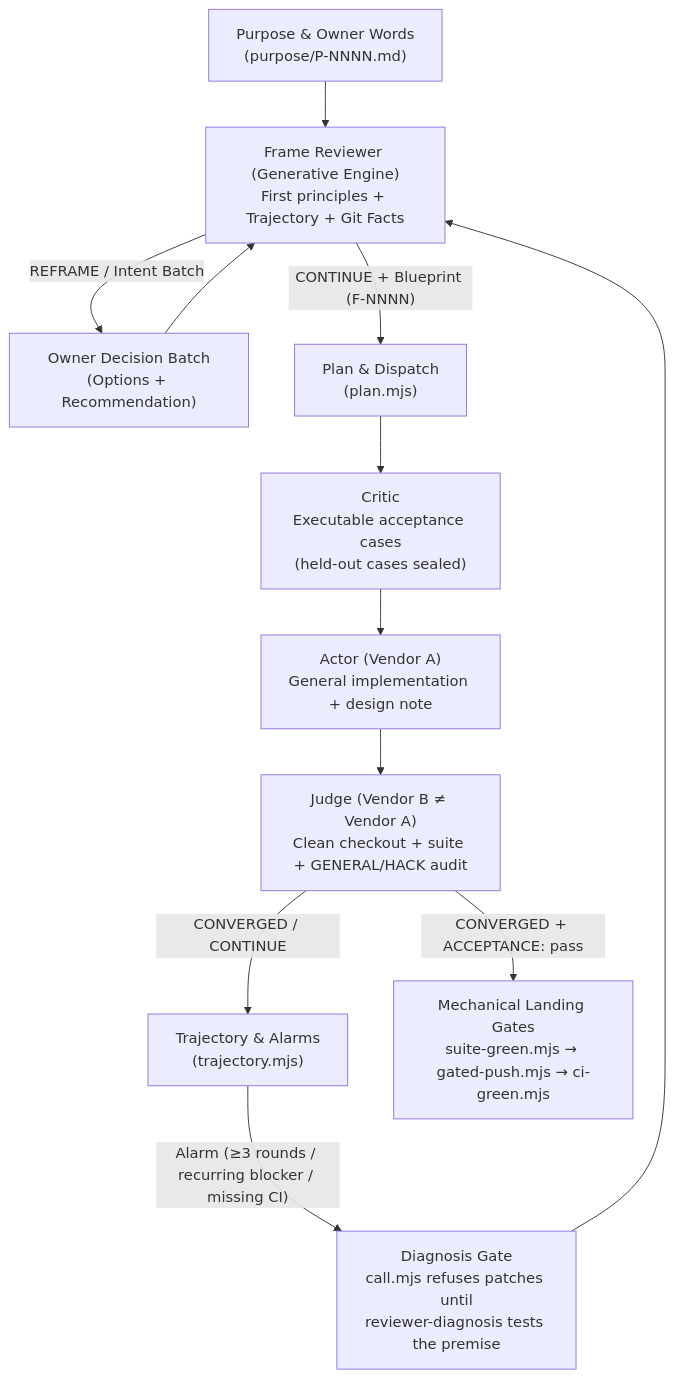
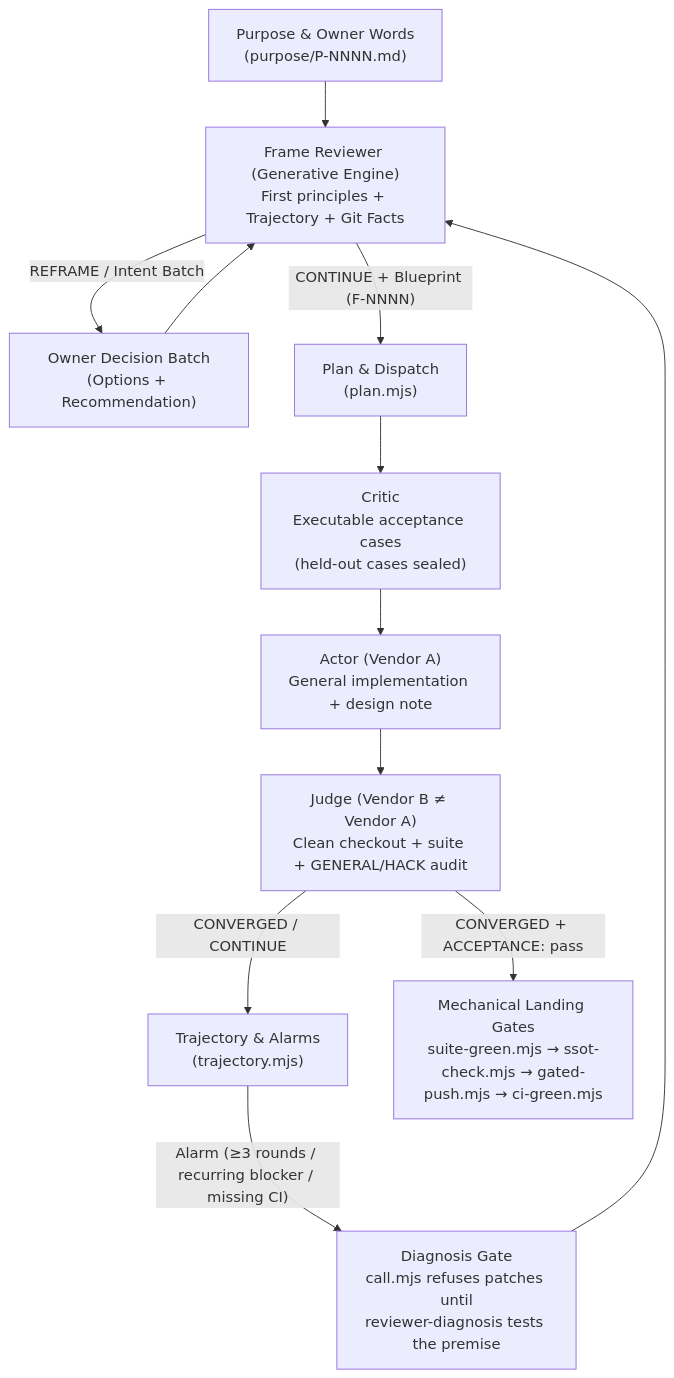
One commit to X32Studio/self-loop changed the diagram in README.md. Above: the diagram before and after it, drawn with Mermaid. The commit also changed other lines of this file and 66 other files, not shown here.

Commit message:
release: v0.6.0 — in-repo records, Antigravity/T3 harness, CodeCommit/CodeBuild, and SSOT gates

````diff
--- a/README.md
+++ b/README.md
@@ -53,14 +65,14 @@
 ```mermaid
 flowchart TD
     P["Purpose & Owner Words<br/>(purpose/P-NNNN.md)"] --> FR["Frame Reviewer (Generative Engine)<br/>First principles + Trajectory + Git Facts"]
     FR -->|"REFRAME / Intent Batch"| OW["Owner Decision Batch<br/>(Options + Recommendation)"]
     OW --> FR
     FR -->|"CONTINUE + Blueprint (F-NNNN)"| PL["Plan & Dispatch<br/>(plan.mjs)"]
     PL --> CR["Critic<br/>Executable acceptance cases<br/>(held-out cases sealed)"]
     CR --> AC["Actor (Vendor A)<br/>General implementation + design note"]
     AC --> JG["Judge (Vendor B ≠ Vendor A)<br/>Clean checkout + suite + GENERAL/HACK audit"]
     JG -->|"CONVERGED / CONTINUE"| TR["Trajectory & Alarms<br/>(trajectory.mjs)"]
     TR -->|"Alarm (≥3 rounds / recurring blocker / missing CI)"| DG["Diagnosis Gate<br/>call.mjs refuses patches until<br/>reviewer-diagnosis tests the premise"]
     DG --> FR
-    JG -->|"CONVERGED + ACCEPTANCE: pass"| GT["Mechanical Landing Gates<br/>suite-green.mjs → gated-push.mjs → ci-green.mjs"]
+    JG -->|"CONVERGED + ACCEPTANCE: pass"| GT["Mechanical Landing Gates<br/>suite-green.mjs → ssot-check.mjs → gated-push.mjs → ci-green.mjs"]
 ```
````
